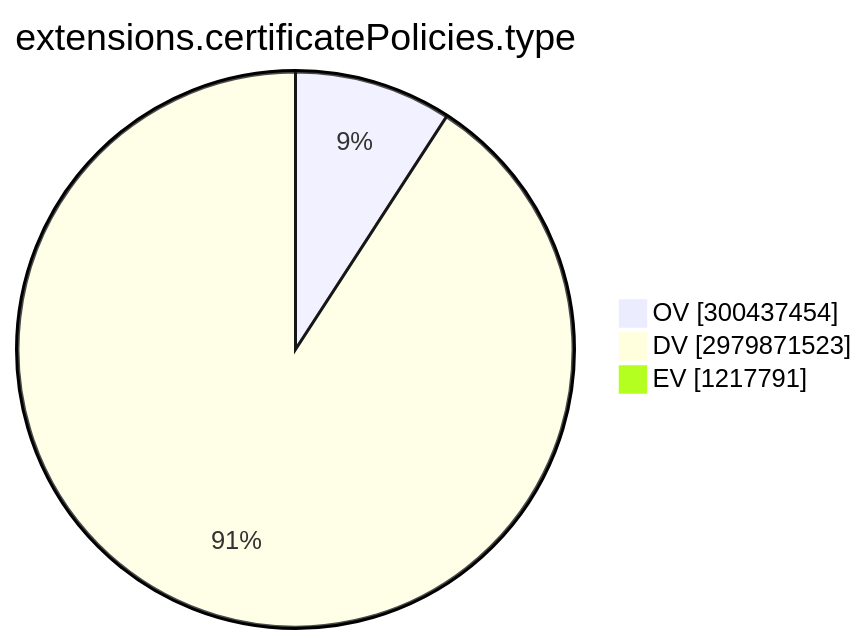
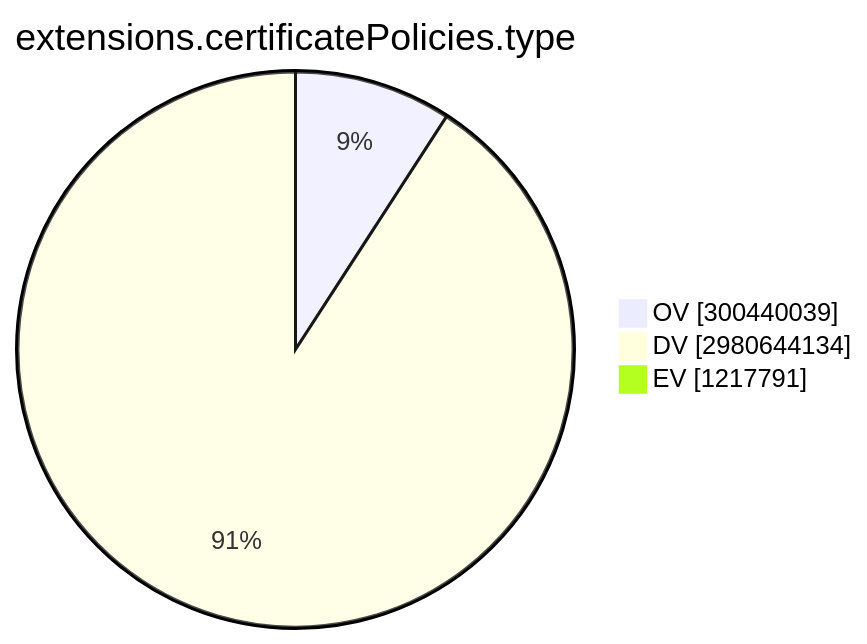
The ninth of 15 diagrams in TOTAL/README.md (christiankrug/ctmonitor_visualization), drawn with Mermaid before and after one commit. The commit also changed other lines of this file, not shown here.

````diff
--- a/TOTAL/README.md
+++ b/TOTAL/README.md
@@ -3101,7 +3101,7 @@
 ```mermaid
 pie showData
 title extensions.certificatePolicies.type
-"OV" :300437454
-"DV" :2979871523
+"OV" :300440039
+"DV" :2980644134
 "EV" :1217791
 ```
````
